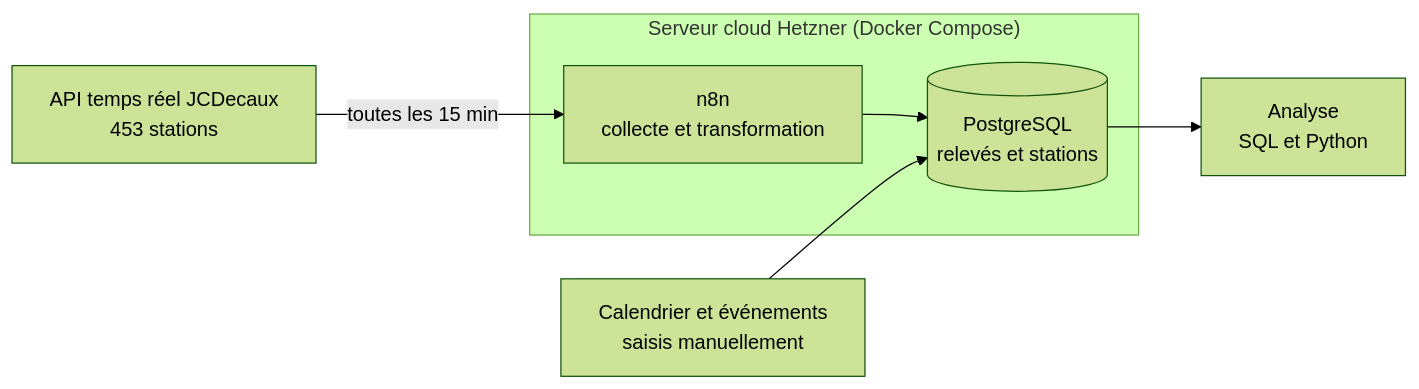
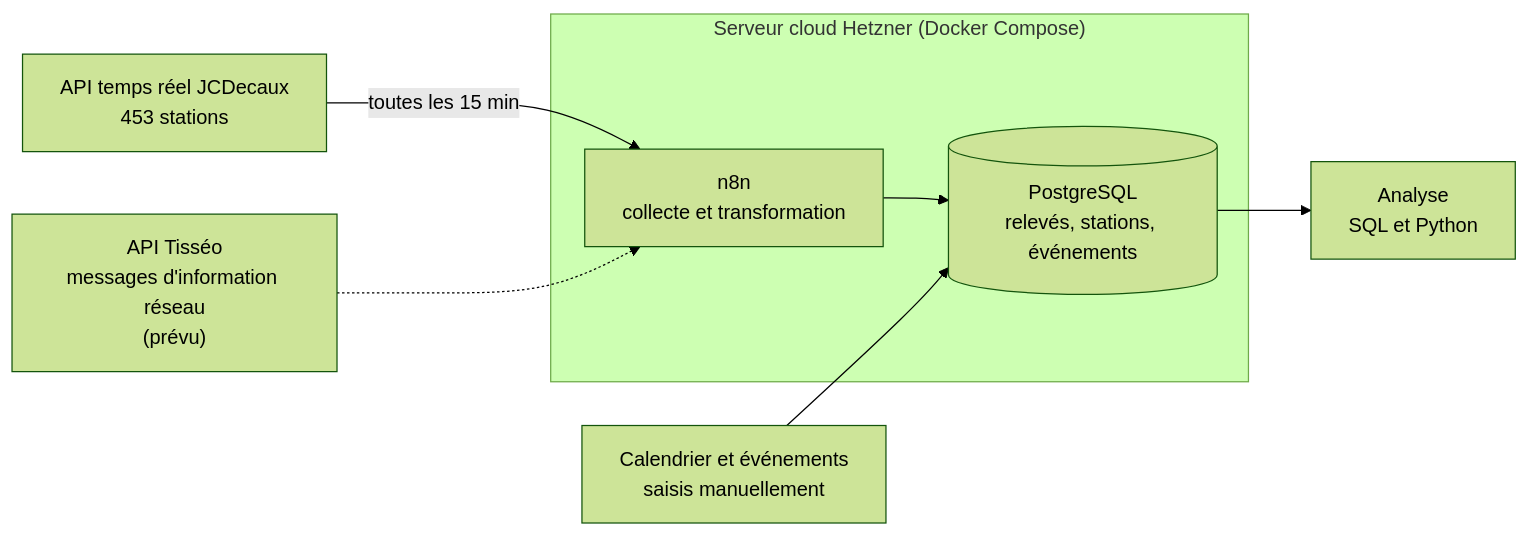
Before and after one commit to nezerwe/velotoulouse-pipeline: the diagram in README.md, drawn with Mermaid (forest theme). The commit also changed other lines of this file, not shown here.

First line of the commit message:
Ajout de la variable événement Tisséo

````diff
--- a/README.md
+++ b/README.md
@@ -34,11 +34,12 @@
 ```mermaid
 flowchart LR
     A["API temps réel JCDecaux<br/>453 stations"] -->|toutes les 15 min| B["n8n<br/>collecte et transformation"]
-    B --> C[("PostgreSQL<br/>relevés et stations")]
+    T["API Tisséo<br/>messages d'information réseau<br/>(prévu)"] -.-> B
+    B --> C[("PostgreSQL<br/>relevés, stations, événements")]
     D["Calendrier et événements<br/>saisis manuellement"] --> C
     C --> E["Analyse<br/>SQL et Python"]
     subgraph S["Serveur cloud Hetzner (Docker Compose)"]
         B
         C
     end
 ```
````
